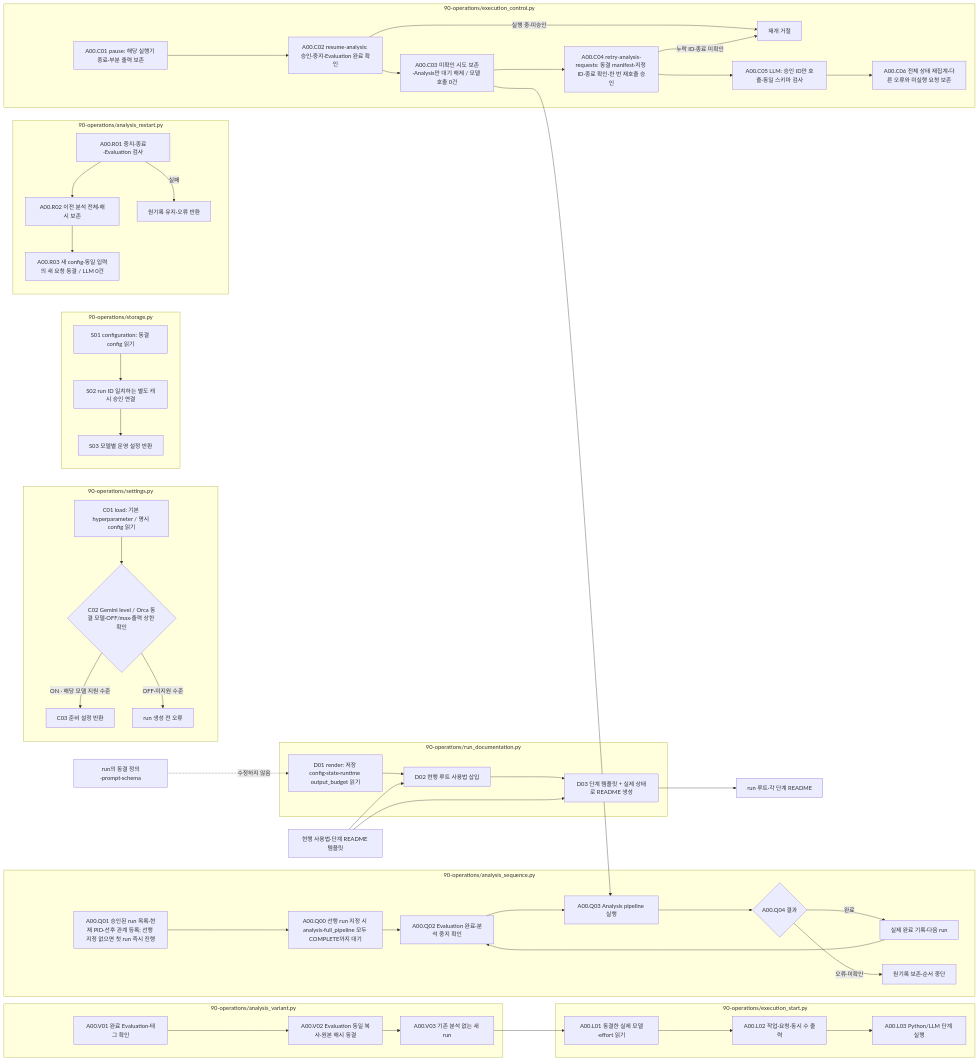
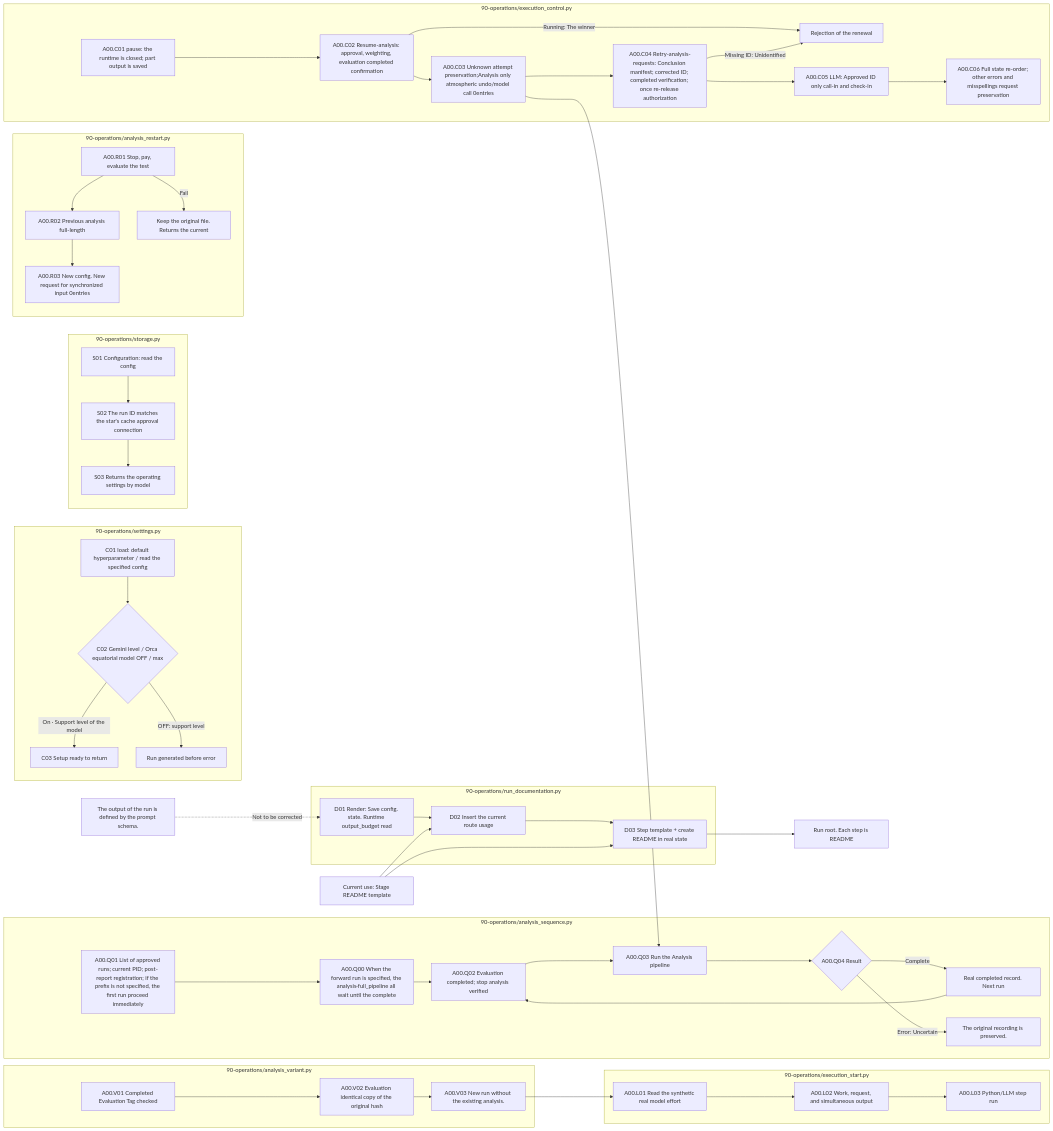
The diagram in src/finarch/experiments/90-operations/README.md (pnu-clink/finject), drawn with Mermaid before and after one commit. The commit also changed other lines of this file and 644 other files, not shown here.

First line of the commit message:
Localize reviewer distribution and document pipeline setup

````diff
--- a/src/finarch/experiments/90-operations/README.md
+++ b/src/finarch/experiments/90-operations/README.md
@@ -24,43 +24,43 @@
 ```mermaid
 flowchart LR
  subgraph CONFIG["90-operations/settings.py"]
-  C1["C01 load: 기본 hyperparameter / 명시 config 읽기"] --> C2{"C02 Gemini level / Orca 동결 모델·OFF/max·출력 상한 확인"}
-  C2 -->|ON · 해당 모델 지원 수준| C3["C03 준비 설정 반환"]
-  C2 -->|OFF·미지원 수준| FAIL["run 생성 전 오류"]
+  C1["C01 load: default hyperparameter / read the specified config"] --> C2{"C02 Gemini level / Orca equatorial model OFF / max"}
+  C2 -->|On · Support level of the model| C3["C03 Setup ready to return"]
+  C2 -->|OFF: support level| FAIL["Run generated before error"]
  end
  subgraph STORE["90-operations/storage.py"]
-  S1["S01 configuration: 동결 config 읽기"] --> S2["S02 run ID 일치하는 별도 캐시 승인 연결"]
-  S2 --> S3["S03 모델별 운영 설정 반환"]
+  S1["S01 Configuration: read the config"] --> S2["S02 The run ID matches the star's cache approval connection"]
+  S2 --> S3["S03 Returns the operating settings by model"]
  end
  subgraph VARIANT["90-operations/analysis_variant.py"]
-  V01["A00.V01 완료 Evaluation·태그 확인"] --> V02["A00.V02 Evaluation 동일 복사·원본 해시 동결"] --> V03["A00.V03 기존 분석 없는 새 run"]
+  V01["A00.V01 Completed Evaluation Tag checked"] --> V02["A00.V02 Evaluation identical copy of the original hash"] --> V03["A00.V03 New run without the existing analysis."]
  end
  subgraph STARTUP["90-operations/execution_start.py"]
-  L01["A00.L01 동결한 실제 모델·effort 읽기"] --> L02["A00.L02 작업·요청·동시 수 출력"] --> L03["A00.L03 Python/LLM 단계 실행"]
+  L01["A00.L01 Read the synthetic real model effort"] --> L02["A00.L02 Work, request, and simultaneous output"] --> L03["A00.L03 Python/LLM step run"]
  end
  V03 --> L01
  subgraph RESTART["90-operations/analysis_restart.py"]
-  R01["A00.R01 중지·종료·Evaluation 검사"] --> R02["A00.R02 이전 분석 전체·해시 보존"] --> R03["A00.R03 새 config·동일 입력의 새 요청 동결 / LLM 0건"]
-  R01 -->|실패| RF["원기록 유지·오류 반환"]
+  R01["A00.R01 Stop, pay, evaluate the test"] --> R02["A00.R02 Previous analysis full-length"] --> R03["A00.R03 New config. New request for synchronized input 0entries"]
+  R01 -->|Fail| RF["Keep the original file. Returns the current"]
  end
  subgraph SEQUENCE["90-operations/analysis_sequence.py"]
-  Q01["A00.Q01 승인된 run 목록·현재 PID·선후 관계 등록; 선행 지정 없으면 첫 run 즉시 진행"] --> Q00["A00.Q00 선행 run 지정 시 analysis·full_pipeline 모두 COMPLETE까지 대기"] --> Q02["A00.Q02 Evaluation 완료·분석 중지 확인"] --> Q03["A00.Q03 Analysis pipeline 실행"] --> Q04{"A00.Q04 결과"}
-  Q04 -->|완료| Q05["실제 완료 기록·다음 run"] --> Q02
-  Q04 -->|오류·미확인| Q06["원기록 보존·순서 중단"]
+  Q01["A00.Q01 List of approved runs; current PID; post-report registration; if the prefix is not specified, the first run proceed immediately"] --> Q00["A00.Q00 When the forward run is specified, the analysis·full_pipeline all wait until the complete"] --> Q02["A00.Q02 Evaluation completed; stop analysis verified"] --> Q03["A00.Q03 Run the Analysis pipeline"] --> Q04{"A00.Q04 Result"}
+  Q04 -->|Complete| Q05["Real completed record. Next run"] --> Q02
+  Q04 -->|Error: Uncertain| Q06["The original recording is preserved."]
  end
  subgraph DOC["90-operations/run_documentation.py"]
-  D01["D01 render: 저장 config·state·runtime output_budget 읽기"] --> D02["D02 현행 루트 사용법 삽입"]
-  D02 --> D03["D03 단계 템플릿 + 실제 상태로 README 생성"]
+  D01["D01 Render: Save config. state. Runtime output_budget read"] --> D02["D02 Insert the current route usage"]
+  D02 --> D03["D03 Step template + create README in real state"]
  end
  subgraph CONTROL["90-operations/execution_control.py"]
-  C01["A00.C01 pause: 해당 실행기 종료·부분 출력 보존"] --> C02["A00.C02 resume-analysis: 승인·중지·Evaluation 완료 확인"] --> C03["A00.C03 미확인 시도 보존·Analysis만 대기 해제 / 모델 호출 0건"]
-  C02 -->|실행 중·미승인| CF["재개 거절"]
-  C03 --> C04["A00.C04 retry-analysis-requests: 동결 manifest·지정 ID·종료 확인·한 번 재호출 승인"] --> C05["A00.C05 LLM: 승인 ID만 호출·동일 스키마 검사"] --> C06["A00.C06 전체 상태 재집계·다른 오류와 미실행 요청 보존"]
-  C04 -->|누락 ID·종료 미확인| CF
+  C01["A00.C01 pause: the runtime is closed; part output is saved"] --> C02["A00.C02 Resume-analysis: approval, weighting, evaluation completed confirmation"] --> C03["A00.C03 Unknown attempt preservation;Analysis only atmospheric undo/model call 0entries"]
+  C02 -->|Running: The winner| CF["Rejection of the renewal"]
+  C03 --> C04["A00.C04 Retry-analysis-requests: Conclusion manifest; corrected ID; completed verification; once re-release authorization"] --> C05["A00.C05 LLM: Approved ID only call-in and check-in"] --> C06["A00.C06 Full state re-order; other errors and misspellings request preservation"]
+  C04 -->|Missing ID: Unidentified| CF
  end
  C03 --> Q03
- T["현행 사용법·단계 README 템플릿"] --> D02
+ T["Current use: Stage README template"] --> D02
  T --> D03
- D03 --> O["run 루트·각 단계 README"]
- F["run의 동결 정의·prompt·schema"] -.->|수정하지 않음| D01
+ D03 --> O["Run root. Each step is README"]
+ F["The output of the run is defined by the prompt schema."] -.->|Not to be corrected| D01
 ```
````
